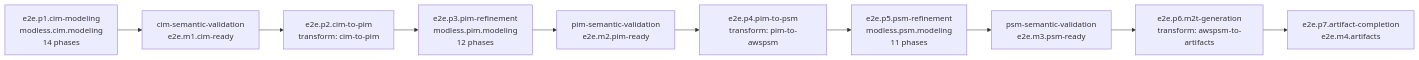
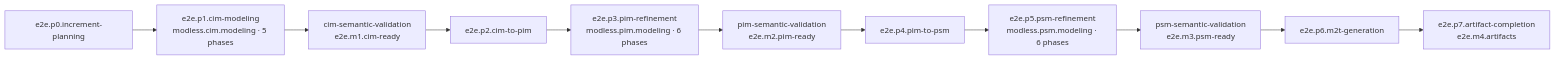
Before and after one commit to mehdieidi/modriss: the first of 3 diagrams in docs/diagrams/27-end-to-end-methodology.md, drawn with Mermaid. The commit also changed other lines of this file and 65 other files, not shown here.

````diff
--- a/docs/diagrams/27-end-to-end-methodology.md
+++ b/docs/diagrams/27-end-to-end-methodology.md
@@ -7,15 +7,16 @@
 ```mermaid
 flowchart LR
-    p1["e2e.p1.cim-modeling<br/>modless.cim.modeling<br/>14 phases"]
+    p0["e2e.p0.increment-planning"]
+    p1["e2e.p1.cim-modeling<br/>modless.cim.modeling · 5 phases"]
     evl1["cim-semantic-validation<br/>e2e.m1.cim-ready"]
-    p2["e2e.p2.cim-to-pim<br/>transform: cim-to-pim"]
-    p3["e2e.p3.pim-refinement<br/>modless.pim.modeling<br/>12 phases"]
+    p2["e2e.p2.cim-to-pim"]
+    p3["e2e.p3.pim-refinement<br/>modless.pim.modeling · 6 phases"]
     evl2["pim-semantic-validation<br/>e2e.m2.pim-ready"]
-    p4["e2e.p4.pim-to-psm<br/>transform: pim-to-awspsm"]
-    p5["e2e.p5.psm-refinement<br/>modless.psm.modeling<br/>11 phases"]
+    p4["e2e.p4.pim-to-psm"]
+    p5["e2e.p5.psm-refinement<br/>modless.psm.modeling · 6 phases"]
     evl3["psm-semantic-validation<br/>e2e.m3.psm-ready"]
-    p6["e2e.p6.m2t-generation<br/>transform: awspsm-to-artifacts"]
+    p6["e2e.p6.m2t-generation"]
     p7["e2e.p7.artifact-completion<br/>e2e.m4.artifacts"]
 
-    p1 --> evl1 --> p2 --> p3 --> evl2 --> p4 --> p5 --> evl3 --> p6 --> p7
+    p0 --> p1 --> evl1 --> p2 --> p3 --> evl2 --> p4 --> p5 --> evl3 --> p6 --> p7
 ```
````
